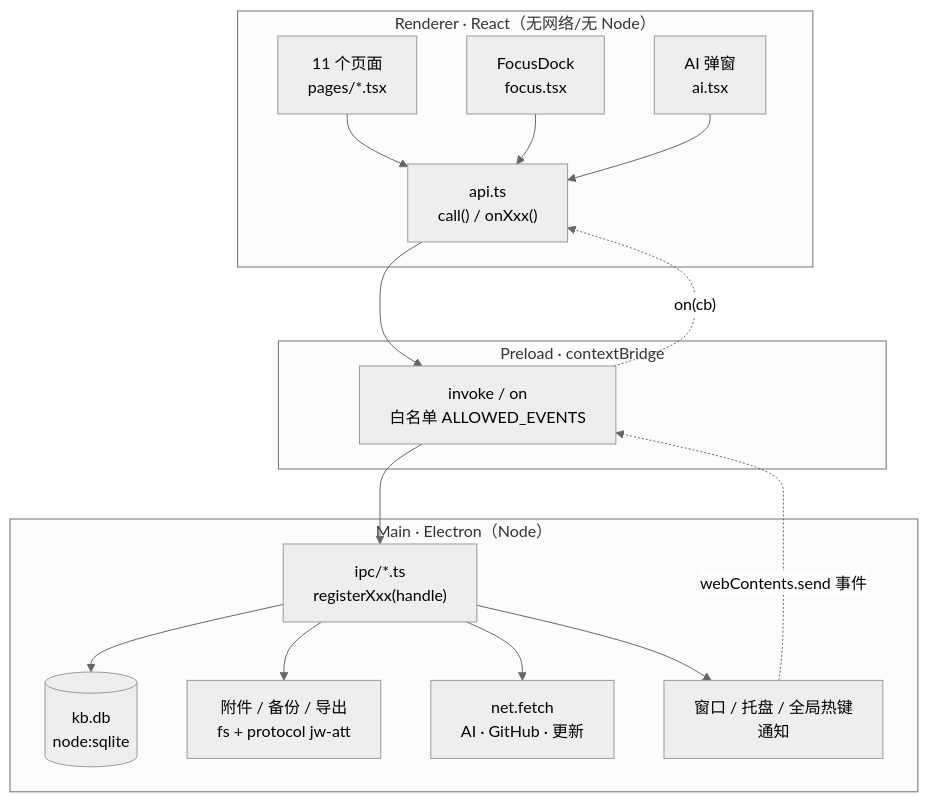
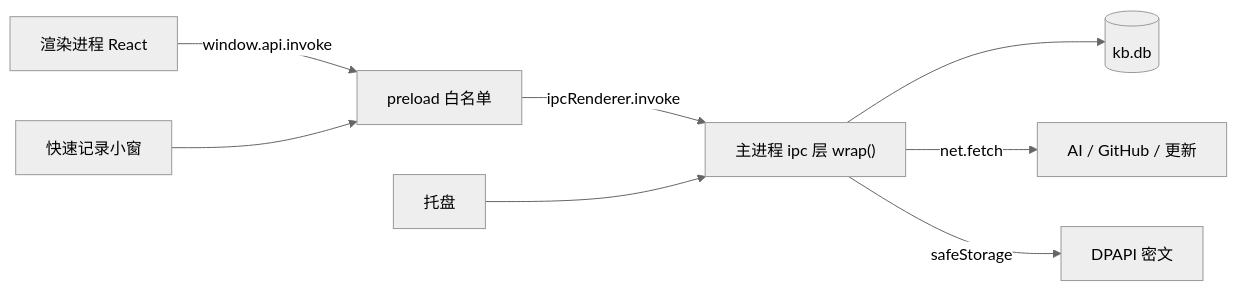
Before and after one commit to x-000001/zhishiku: the first of 2 diagrams in TECH_REPORT.md, drawn with Mermaid (neutral theme). The commit also changed other lines of this file and 1 other file, not shown here.

````diff
--- a/TECH_REPORT.md
+++ b/TECH_REPORT.md
@@ -105,27 +90,10 @@
 ```mermaid
-flowchart TB
-  subgraph R["Renderer · React（无网络/无 Node）"]
-    P["11 个页面<br/>pages/*.tsx"]
-    A["api.ts<br/>call() / onXxx()"]
-    F["FocusDock<br/>focus.tsx"]
-    AI["AI 弹窗<br/>ai.tsx"]
-  end
-  subgraph PL["Preload · contextBridge"]
-    W["invoke / on<br/>白名单 ALLOWED_EVENTS"]
-  end
-  subgraph M["Main · Electron（Node）"]
-    IPC["ipc/*.ts<br/>registerXxx(handle)"]
-    DB[("kb.db<br/>node:sqlite")]
-    FS["附件 / 备份 / 导出<br/>fs + protocol jw-att"]
-    NET["net.fetch<br/>AI · GitHub · 更新"]
-    WIN["窗口 / 托盘 / 全局热键<br/>通知"]
-  end
-  P --> A --> W --> IPC
-  F --> A
-  AI --> A
-  IPC --> DB
-  IPC --> FS
-  IPC --> NET
-  IPC --> WIN
-  WIN -. "webContents.send 事件" .-> W -. "on(cb)" .-> A
+flowchart LR
+  R["渲染进程 React"] -->|"window.api.invoke"| P["preload 白名单"]
+  P -->|"ipcRenderer.invoke"| M["主进程 ipc 层 wrap()"]
+  M --> DB[("kb.db")]
+  M -->|"net.fetch"| N["AI / GitHub / 更新"]
+  M -->|"safeStorage"| S["DPAPI 密文"]
+  C["快速记录小窗"] --> P
+  T["托盘"] --> M
 ```
````
